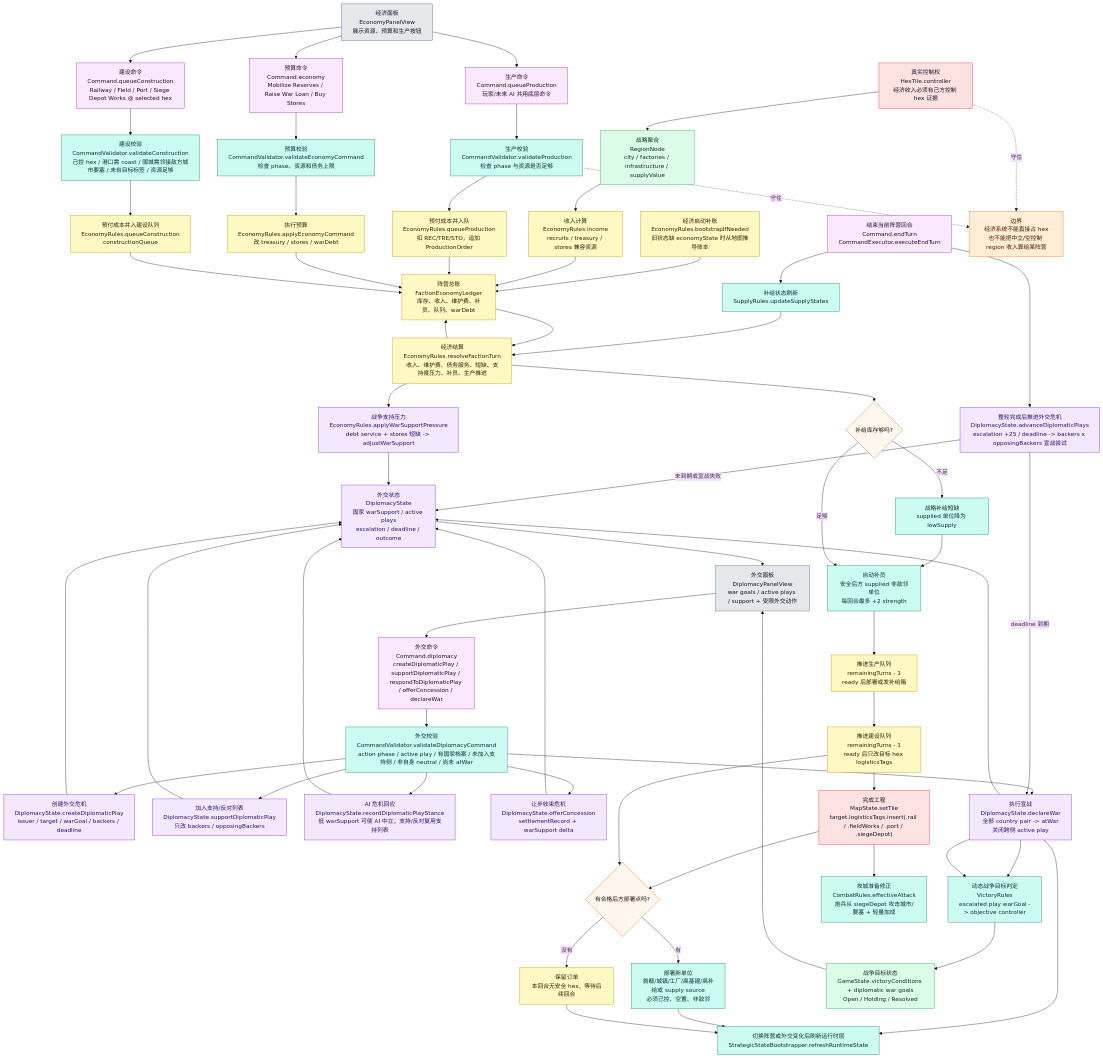
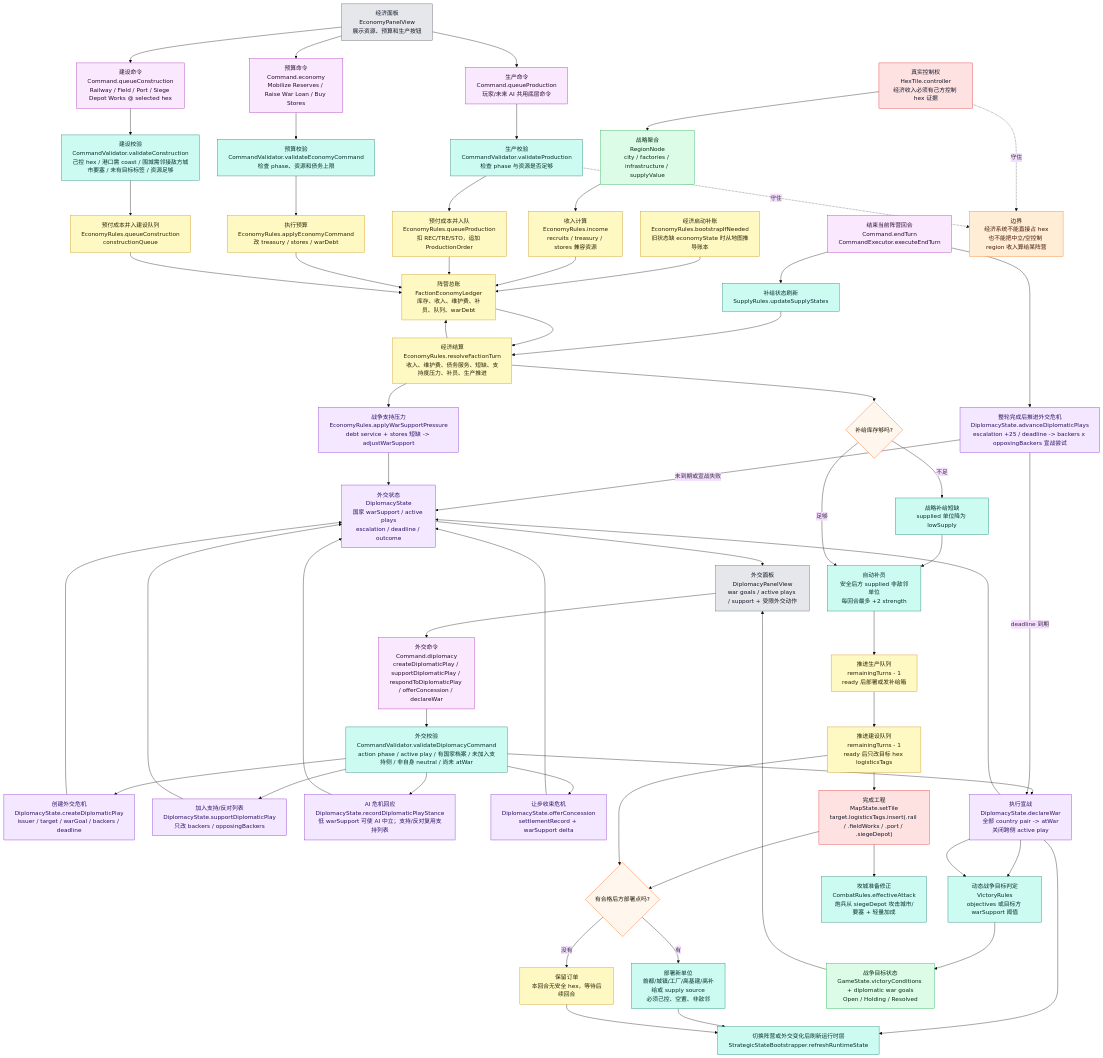
One commit to Altman-sam114/126 changed the fourth of 9 diagrams in md/flow/flowchart.md. Above: the diagram before and after it, drawn with Mermaid (base theme). The commit also changed other lines of this file and 9 other files, not shown here.

Commit message:
feat(diplomacy): add prestige war goal pressure

```diff
--- a/md/flow/flowchart.md
+++ b/md/flow/flowchart.md
@@ -231,7 +231,7 @@
     DIPSETTLE["让步收束危机<br/>DiplomacyState.offerConcession<br/>settlementRecord + warSupport delta"]:::diplomacy
     DIPADV["整轮完成后推进外交危机<br/>DiplomacyState.advanceDiplomaticPlays<br/>escalation +25 / deadline -> backers x opposingBackers 宣战尝试"]:::diplomacy
     DIPAPPLY["执行宣战<br/>DiplomacyState.declareWar<br/>全部 country pair -> atWar<br/>关闭跨侧 active play"]:::diplomacy
-    DIPVICTORY["动态战争目标判定<br/>VictoryRules<br/>escalated play warGoal -> objective controller"]:::rules
+    DIPVICTORY["动态战争目标判定<br/>VictoryRules<br/>objectives 或目标方 warSupport 阈值"]:::rules
 
     END["结束当前阵营回合<br/>Command.endTurn<br/>CommandExecutor.executeEndTurn"]:::command
     SUPPLY["补给状态刷新<br/>SupplyRules.updateSupplyStates"]:::rules
```
